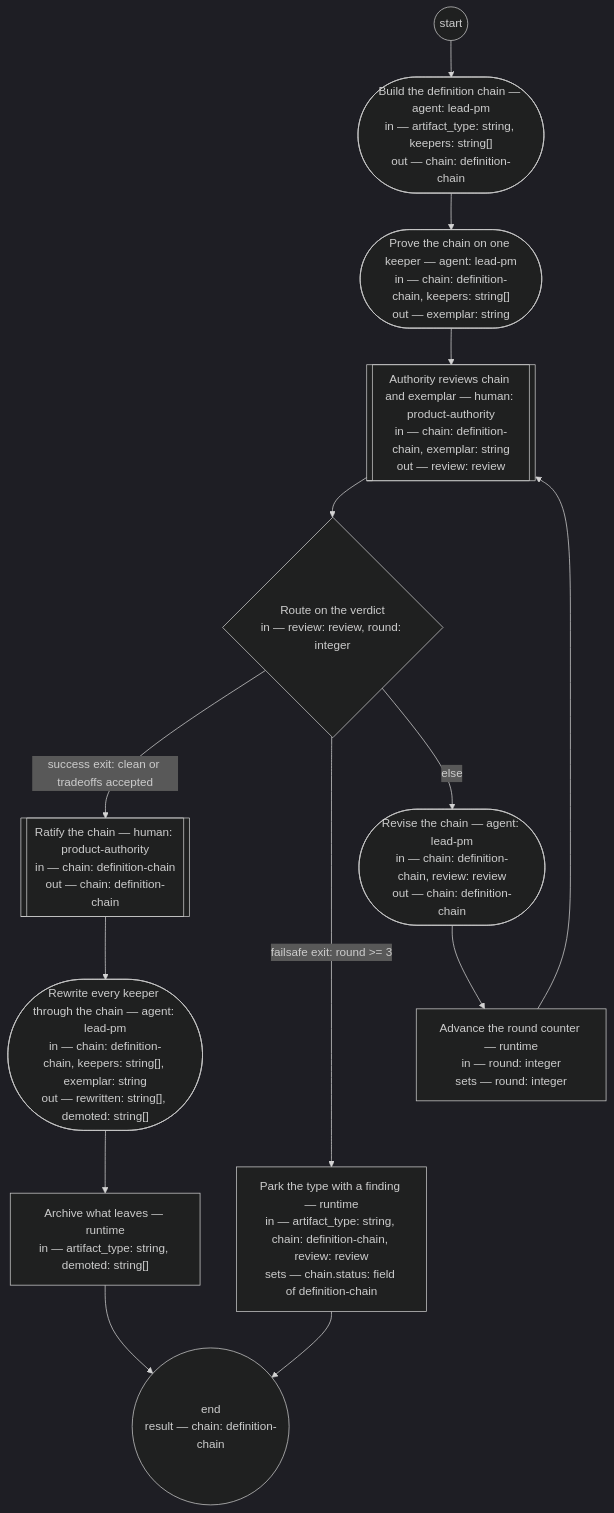
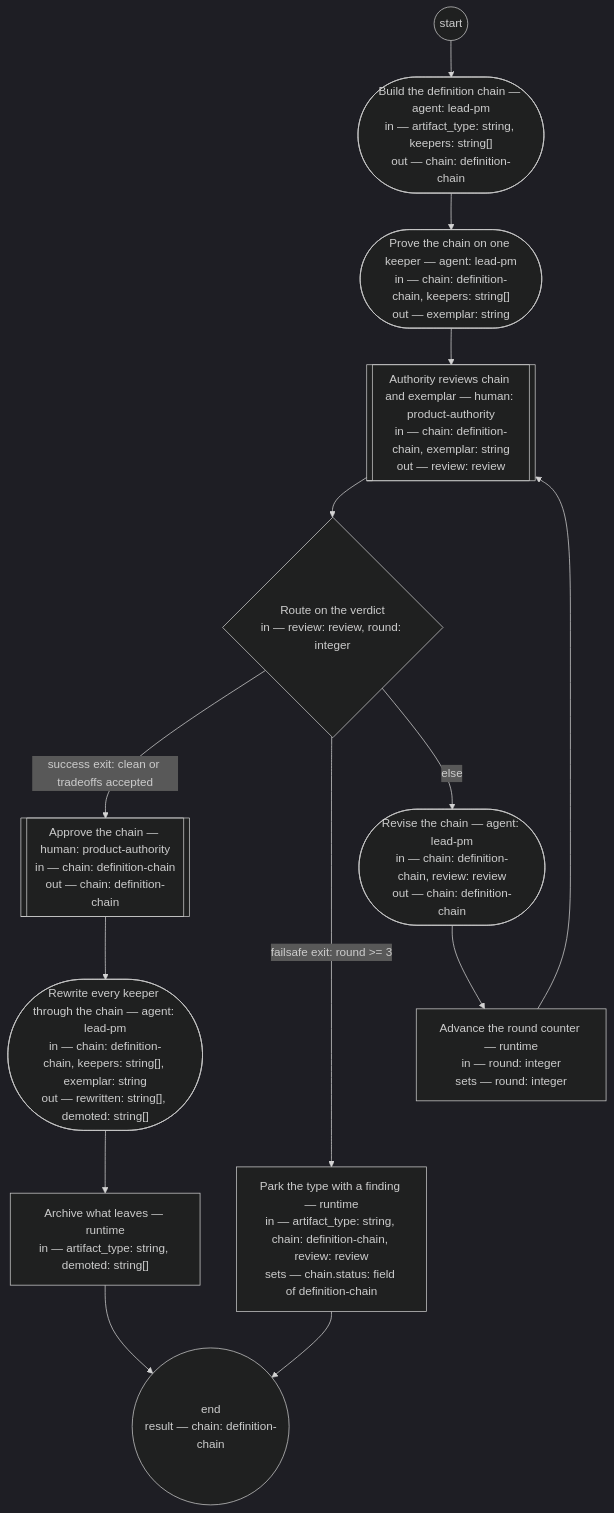
Before and after one commit to dstengle/shopsystem-product: the diagram in basis/processes/definition-chain-migration.md, drawn with Mermaid (dark theme). The commit also changed other lines of this file and 21 other files, not shown here.

Commit message:
R16: approve replaces ratify everywhere; disposition removed

````diff
--- a/basis/processes/definition-chain-migration.md
+++ b/basis/processes/definition-chain-migration.md
@@ -48,27 +48,27 @@
 ```mermaid
 flowchart TD
   build_chain(["Build the definition chain — agent: lead-pm<br/>in — artifact_type: string, keepers: string[]<br/>out — chain: definition-chain"])
   exemplar_rewrite(["Prove the chain on one keeper — agent: lead-pm<br/>in — chain: definition-chain, keepers: string[]<br/>out — exemplar: string"])
   authority_review[["Authority reviews chain and exemplar — human: product-authority<br/>in — chain: definition-chain, exemplar: string<br/>out — review: review"]]
   route_review{"Route on the verdict<br/>in — review: review, round: integer"}
   revise_chain(["Revise the chain — agent: lead-pm<br/>in — chain: definition-chain, review: review<br/>out — chain: definition-chain"])
   advance_round["Advance the round counter — runtime<br/>in — round: integer<br/>sets — round: integer"]
-  ratify_chain[["Ratify the chain — human: product-authority<br/>in — chain: definition-chain<br/>out — chain: definition-chain"]]
+  approve_chain[["Approve the chain — human: product-authority<br/>in — chain: definition-chain<br/>out — chain: definition-chain"]]
   rewrite_keepers(["Rewrite every keeper through the chain — agent: lead-pm<br/>in — chain: definition-chain, keepers: string[], exemplar: string<br/>out — rewritten: string[], demoted: string[]"])
   archive_retired["Archive what leaves — runtime<br/>in — artifact_type: string, demoted: string[]"]
   park["Park the type with a finding — runtime<br/>in — artifact_type: string, chain: definition-chain, review: review<br/>sets — chain.status: field of definition-chain"]
   __end(("end<br/>result — chain: definition-chain"))
   __start(("start")) --> build_chain
   build_chain --> exemplar_rewrite
   exemplar_rewrite --> authority_review
   authority_review --> route_review
-  route_review -->|success exit: clean or tradeoffs accepted| ratify_chain
+  route_review -->|success exit: clean or tradeoffs accepted| approve_chain
   route_review -->|failsafe exit: round >= 3| park
   route_review -->|else| revise_chain
   revise_chain --> advance_round
   advance_round --> authority_review
-  ratify_chain --> rewrite_keepers
+  approve_chain --> rewrite_keepers
   rewrite_keepers --> archive_retired
   archive_retired --> __end
   park --> __end
 ```
````
